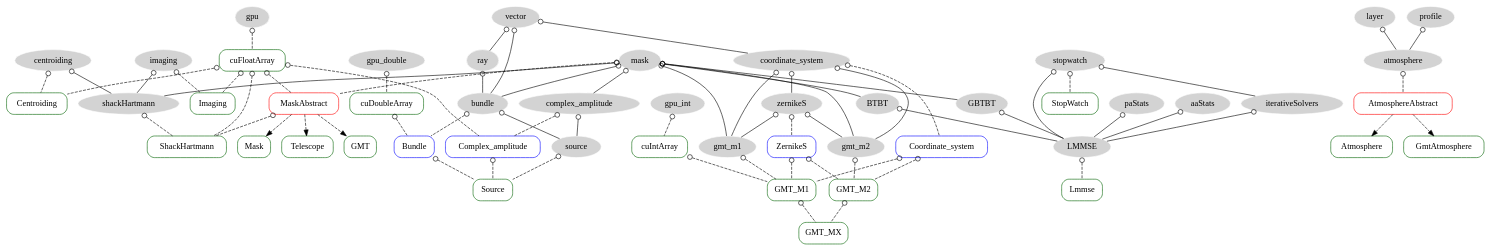
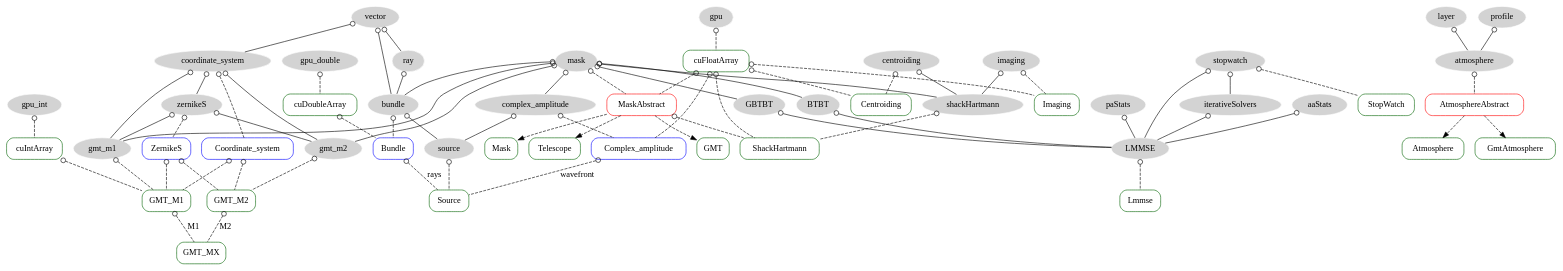
One commit to rconan/CEO changed the diagram in graph/ceo.dot. Above: the diagram before and after it, drawn with Graphviz. The commit also changed 4 other files, not shown here.

```diff
--- a/graph/ceo.dot
+++ b/graph/ceo.dot
@@ -1,107 +1,107 @@
 digraph {
 overlap=false
 splines=true
 node[style=filled,fillcolor=lightgrey,color=white];
 edge[arrowtail=odot,dir=back];
 
 mask -> shackHartmann;
 imaging -> shackHartmann;
 centroiding -> shackHartmann;
 bundle -> source;
 
 coordinate_system -> zernikeS;
 coordinate_system -> gmt_m1;
 coordinate_system -> gmt_m2
 
 mask -> gmt_m1;
 mask -> gmt_m2;
 mask -> complex_amplitude;
 
 zernikeS -> gmt_m1;
 zernikeS -> gmt_m2;
 
 vector -> coordinate_system;
 vector -> bundle;
 
 mask -> bundle;
 ray -> bundle;
 vector -> ray;
 complex_amplitude -> source;
 
 layer -> atmosphere;
 profile -> atmosphere;
 
 mask -> BTBT;
 mask -> GBTBT;
 aaStats -> LMMSE;
 paStats -> LMMSE;
 BTBT -> LMMSE;
 GBTBT -> LMMSE;
 iterativeSolvers -> LMMSE;
 stopwatch -> LMMSE;
 stopwatch -> iterativeSolvers;
 
 gpu;
 gpu_int;
 gpu_double;
 
 node[color=darkgreen,style=rounded,shape=box];
 edge[style=dashed]
 
 centroiding -> Centroiding;
 imaging -> Imaging;
 cuFloatArray -> Imaging;
 cuFloatArray -> Centroiding;
 
 source -> Source;
 Complex_amplitude[color=blue];
 complex_amplitude -> Complex_amplitude;
 cuFloatArray -> Complex_amplitude;
 Bundle[color=blue];
 bundle -> Bundle;
 cuDoubleArray -> Bundle;
-Complex_amplitude -> Source;
-Bundle -> Source;
+Complex_amplitude -> Source[label="wavefront"];
+Bundle -> Source[label="rays"];
 
 shackHartmann -> ShackHartmann;
 MaskAbstract -> ShackHartmann;
 cuFloatArray -> ShackHartmann
 
 gmt_m1 -> GMT_M1;
 cuIntArray -> GMT_M1;
 gmt_m2 -> GMT_M2;
 ZernikeS[color=blue];
 zernikeS -> ZernikeS;
 ZernikeS -> GMT_M1;
 ZernikeS -> GMT_M2;
-GMT_M1 -> "GMT_MX";
-GMT_M2 -> "GMT_MX";
+GMT_M1 -> GMT_MX[label="M1"];
+GMT_M2 -> GMT_MX[label="M2"];
 Coordinate_system[color=blue];
 coordinate_system -> Coordinate_system;
 Coordinate_system -> GMT_M1;
 Coordinate_system -> GMT_M2;
 
 AtmosphereAbstract[color=red];
 atmosphere -> AtmosphereAbstract;
 
 MaskAbstract[color=red]
 mask -> MaskAbstract;
 cuFloatArray -> MaskAbstract;
 
 stopwatch -> StopWatch;
 
 gpu -> cuFloatArray;
 gpu_int -> cuIntArray;
 gpu_double -> cuDoubleArray;
 LMMSE -> Lmmse;
 
 edge[dir=forward];
 
 AtmosphereAbstract -> Atmosphere;
 AtmosphereAbstract -> GmtAtmosphere;
 
 MaskAbstract -> Mask;
 MaskAbstract -> Telescope;
 MaskAbstract -> GMT;
 
 }
```
